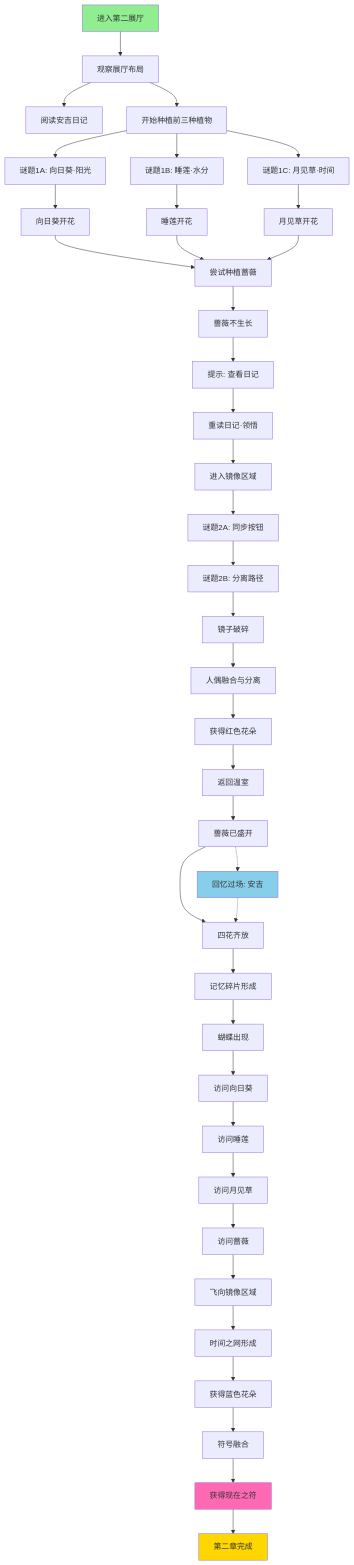
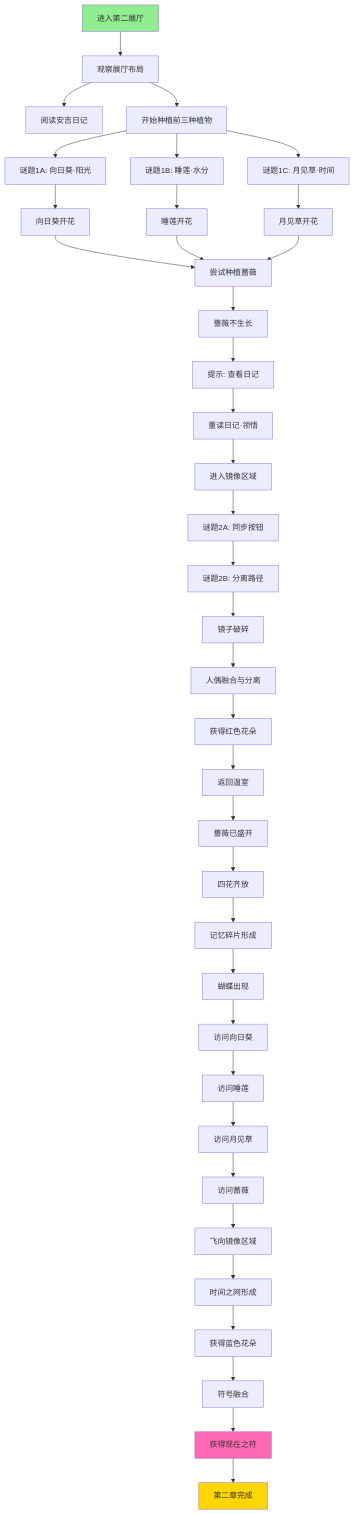
One commit to gdszyy/rusty-lake-orrery-game changed the first of 2 diagrams in Docs/PuzzleCharts/Chapter2_PuzzleChart_Museum.md. Above: the diagram before and after it, drawn with Mermaid. The commit also changed other lines of this file and 3 other files, not shown here.

````diff
--- a/Docs/PuzzleCharts/Chapter2_PuzzleChart_Museum.md
+++ b/Docs/PuzzleCharts/Chapter2_PuzzleChart_Museum.md
@@ -12,55 +12,52 @@
 ```mermaid
 graph TD
     Start[进入第二展厅] --> Observe[观察展厅布局]
     Observe --> ReadDiary[阅读安吉日记]
     Observe --> PlantSeeds[开始种植前三种植物]
     
     PlantSeeds --> Plant1[谜题1A: 向日葵·阳光]
     PlantSeeds --> Plant2[谜题1B: 睡莲·水分]
     PlantSeeds --> Plant3[谜题1C: 月见草·时间]
     
     Plant1 --> Sunflower[向日葵开花]
     Plant2 --> WaterLily[睡莲开花]
     Plant3 --> MoonFlower[月见草开花]
     
     Sunflower --> TryRose[尝试种植蔷薇]
     WaterLily --> TryRose
     MoonFlower --> TryRose
     
     TryRose --> Stuck[蔷薇不生长]
     Stuck --> Hint1[提示: 查看日记]
     Hint1 --> ReadDiary2[重读日记·领悟]
     ReadDiary2 --> EnterMirror[进入镜像区域]
     
     EnterMirror --> Mirror1[谜题2A: 同步按钮]
     Mirror1 --> Mirror2[谜题2B: 分离路径]
     Mirror2 --> MirrorBreak[镜子破碎]
     MirrorBreak --> Fusion[人偶融合与分离]
     Fusion --> RedFlower[获得红色花朵]
     
     RedFlower --> ReturnGreenhouse[返回温室]
     ReturnGreenhouse --> RoseBloomed[蔷薇已盛开]
     RoseBloomed --> FourFlowers[四花齐放]
     FourFlowers --> Crystal[记忆碎片形成]
     
     Crystal --> Butterfly[蝴蝶出现]
     Butterfly --> Visit1[访问向日葵]
     Visit1 --> Visit2[访问睡莲]
     Visit2 --> Visit3[访问月见草]
     Visit3 --> Visit4[访问蔷薇]
     Visit4 --> FlyToMirror[飞向镜像区域]
     FlyToMirror --> TimeWeb[时间之网形成]
     TimeWeb --> BlueFlower[获得蓝色花朵]
     
     BlueFlower --> SymbolFusion[符号融合]
     SymbolFusion --> NowSymbol[获得现在之符]
     NowSymbol --> ChapterEnd[第二章完成]
     
-    RoseBloomed -.-> AnjiMemory[回忆过场: 安吉]
-    AnjiMemory -.-> FourFlowers
     
     style Start fill:#90EE90
     style ChapterEnd fill:#FFD700
     style NowSymbol fill:#FF69B4
-    style AnjiMemory fill:#87CEEB
 ```
````
